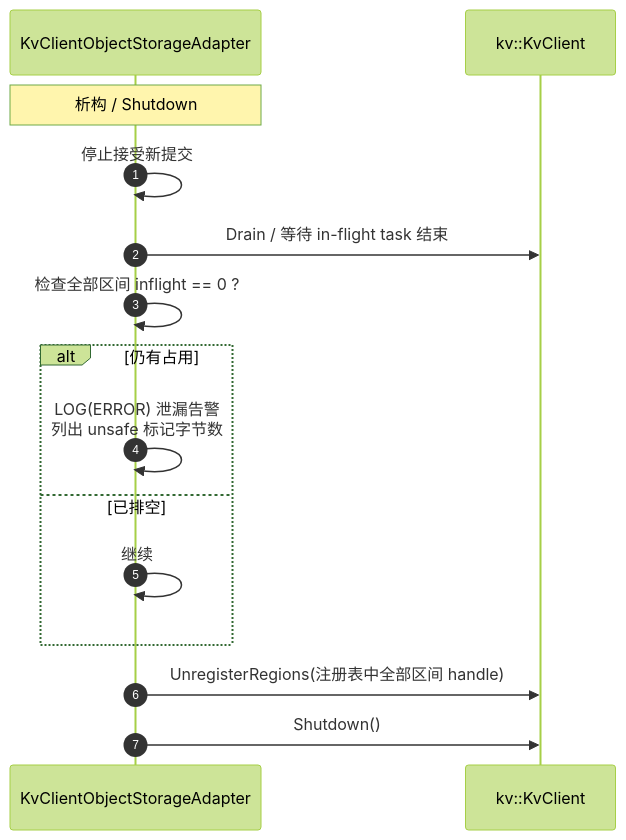
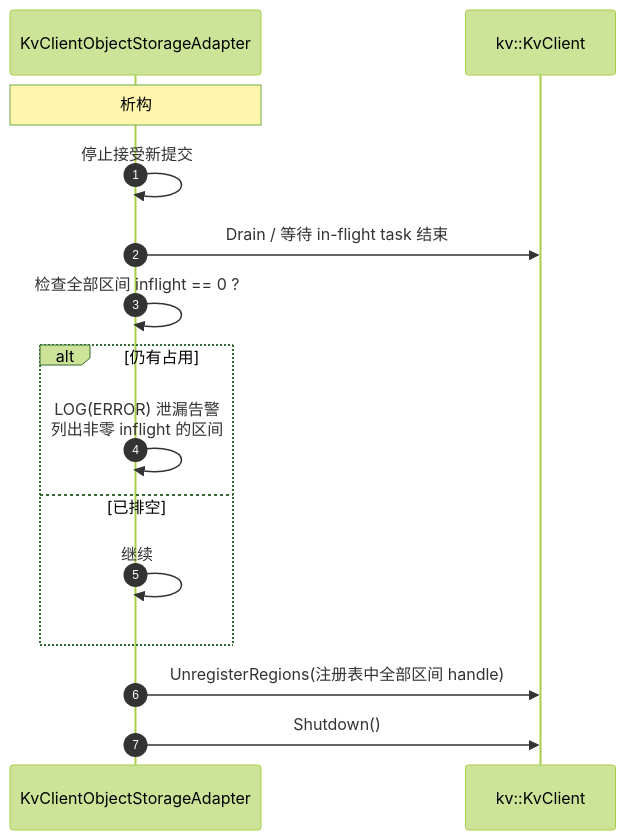
Diagram 13 of 13 in Mooncake + KVClient L3 接入（Kvcs）- v3.md (zwj20000328-dotcom/Mooncake-documents), drawn with Mermaid (forest theme) before and after one commit. The commit also changed other lines of this file, not shown here.

First line of the commit message:
docs: drop the unsafe marking and the adapter Shutdown helper

````diff
--- a/Mooncake + KVClient L3 接入（Kvcs）- v3.md
+++ b/Mooncake + KVClient L3 接入（Kvcs）- v3.md
@@ -762,18 +759,18 @@
 ```mermaid
 sequenceDiagram
     autonumber
     participant AD as KvClientObjectStorageAdapter
     participant SDK as kv::KvClient
 
-    Note over AD: 析构 / Shutdown
+    Note over AD: 析构
     AD->>AD: 停止接受新提交
     AD->>SDK: Drain / 等待 in-flight task 结束
     AD->>AD: 检查全部区间 inflight == 0 ?
     alt 仍有占用
-        AD->>AD: LOG(ERROR) 泄漏告警<br/>列出 unsafe 标记字节数
+        AD->>AD: LOG(ERROR) 泄漏告警<br/>列出非零 inflight 的区间
     else 已排空
         AD->>AD: 继续
     end
     AD->>SDK: UnregisterRegions(注册表中全部区间 handle)
     AD->>SDK: Shutdown()
 ```
````
